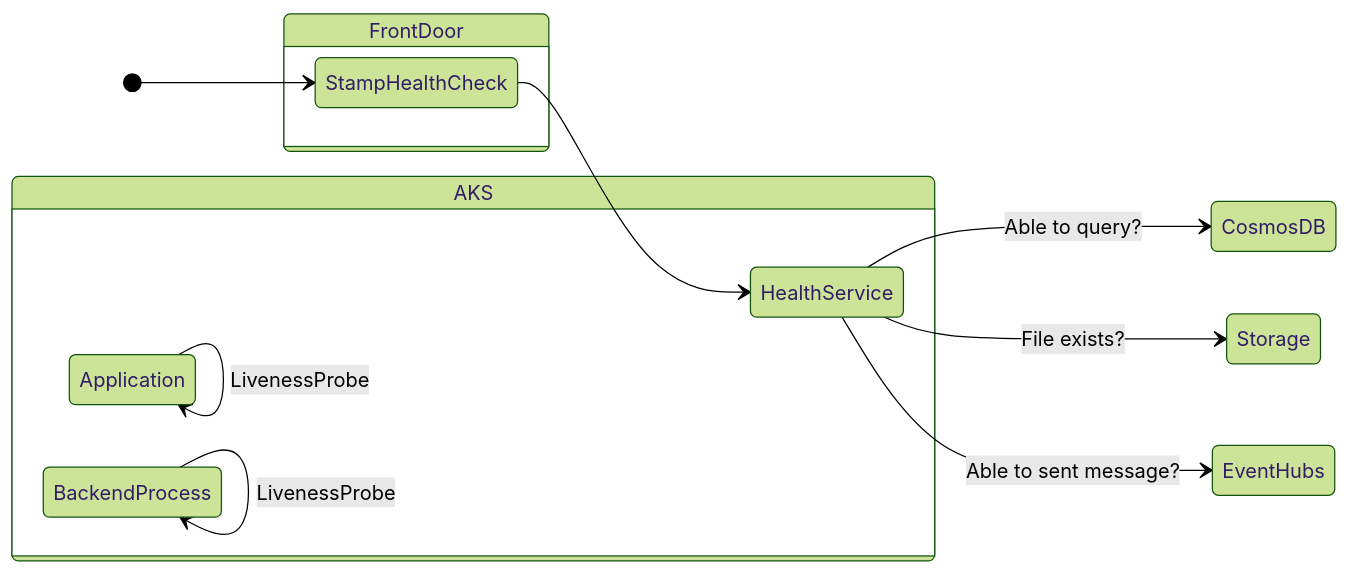
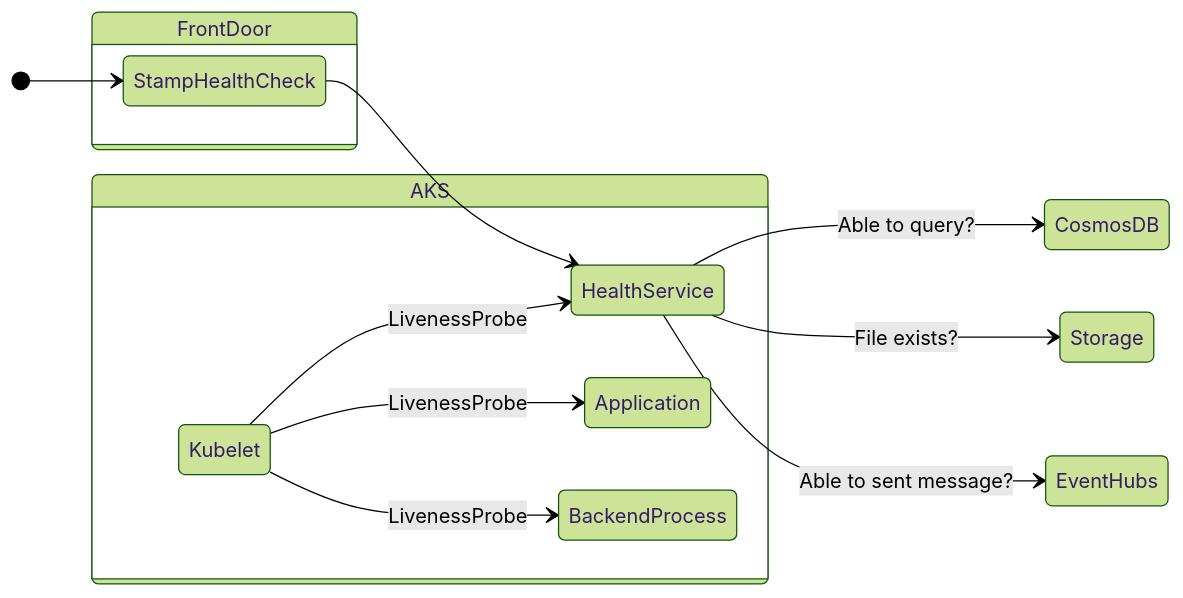
Before and after one commit to Azure/Mission-Critical-Online: the diagram in src/app/AlwaysOn.HealthService/README.md, drawn with Mermaid (forest theme). The commit also changed other lines of this file, not shown here.

````diff
--- a/src/app/AlwaysOn.HealthService/README.md
+++ b/src/app/AlwaysOn.HealthService/README.md
@@ -7,17 +5,19 @@
 ```mermaid
 stateDiagram
     direction LR
     [*] --> StampHealthCheck
     state FrontDoor {
     StampHealthCheck --> HealthService
     }
     state AKS {
         direction RL
+        Kubelet
         HealthService
-        Application --> Application: LivenessProbe
-        BackendProcess --> BackendProcess: LivenessProbe
+        Kubelet --> Application: LivenessProbe
+        Kubelet --> BackendProcess: LivenessProbe
+        Kubelet --> HealthService: LivenessProbe
     }
     HealthService --> CosmosDB: Able to query?
     HealthService --> Storage: File exists?
     HealthService --> EventHubs: Able to sent message?
 ```
````
